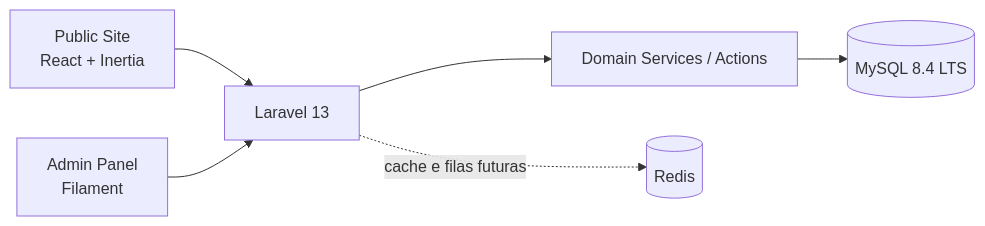
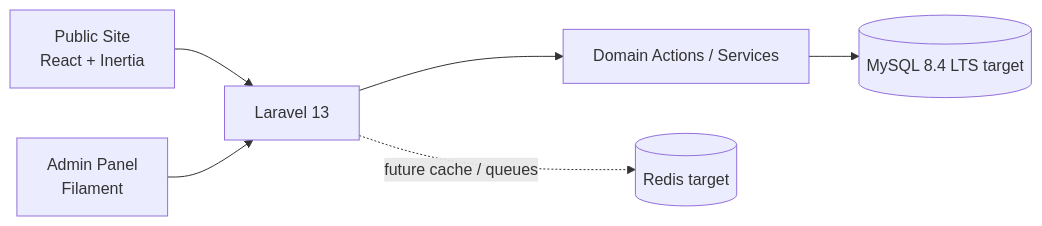
Before and after one commit to evandroripka/bubble_clean: the diagram in README.md, drawn with Mermaid. The commit also changed other lines of this file and 7 other files, not shown here.

````diff
--- a/README.md
+++ b/README.md
@@ -54,8 +47,8 @@
 ```mermaid
 flowchart LR
     A[Public Site<br/>React + Inertia] --> B[Laravel 13]
     C[Admin Panel<br/>Filament] --> B
-    B --> D[Domain Services / Actions]
-    D --> E[(MySQL 8.4 LTS)]
-    B -. cache e filas futuras .-> F[(Redis)]
+    B --> D[Domain Actions / Services]
+    D --> E[(MySQL 8.4 LTS target)]
+    B -. future cache / queues .-> F[(Redis target)]
 ```
````
